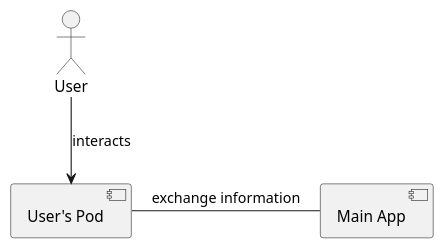
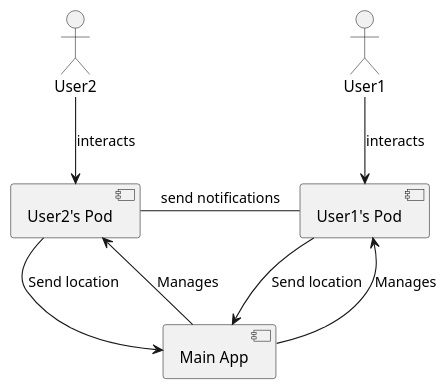
The diagram in webapp/docs/03_system_scope_and_context.adoc (Arquisoft/radarin_en1b), drawn with PlantUML before and after one commit. The commit also changed other lines of this file, not shown here.

```diff
--- a/webapp/docs/03_system_scope_and_context.adoc
+++ b/webapp/docs/03_system_scope_and_context.adoc
@@ -13,5 +14,10 @@
 [plantuml,"Component diagram",png]
 ----
-:User: --> [User's Pod]: interacts
-[User's Pod] - [Main App]: exchange information
+:User1: --> [User1's Pod]: interacts
+[User1's Pod] --> [Main App]: Send location
+[Main App] --> [User1's Pod]: Manages
+:User2: --> [User2's Pod]: interacts
+[User2's Pod] - [User1's Pod]: send notifications
+[User2's Pod] --> [Main App]: Send location
+[Main App] --> [User2's Pod]: Manages
 ----
```
